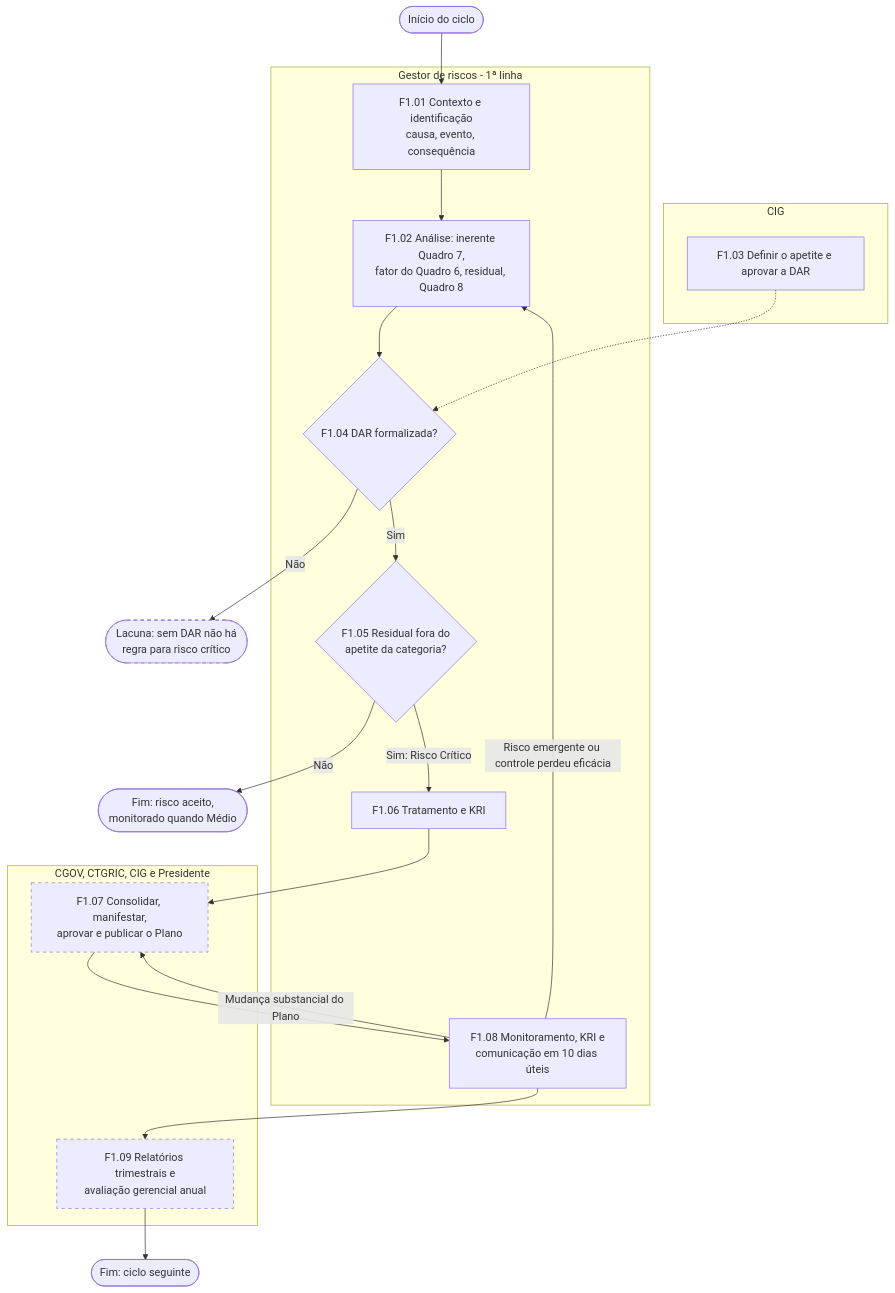
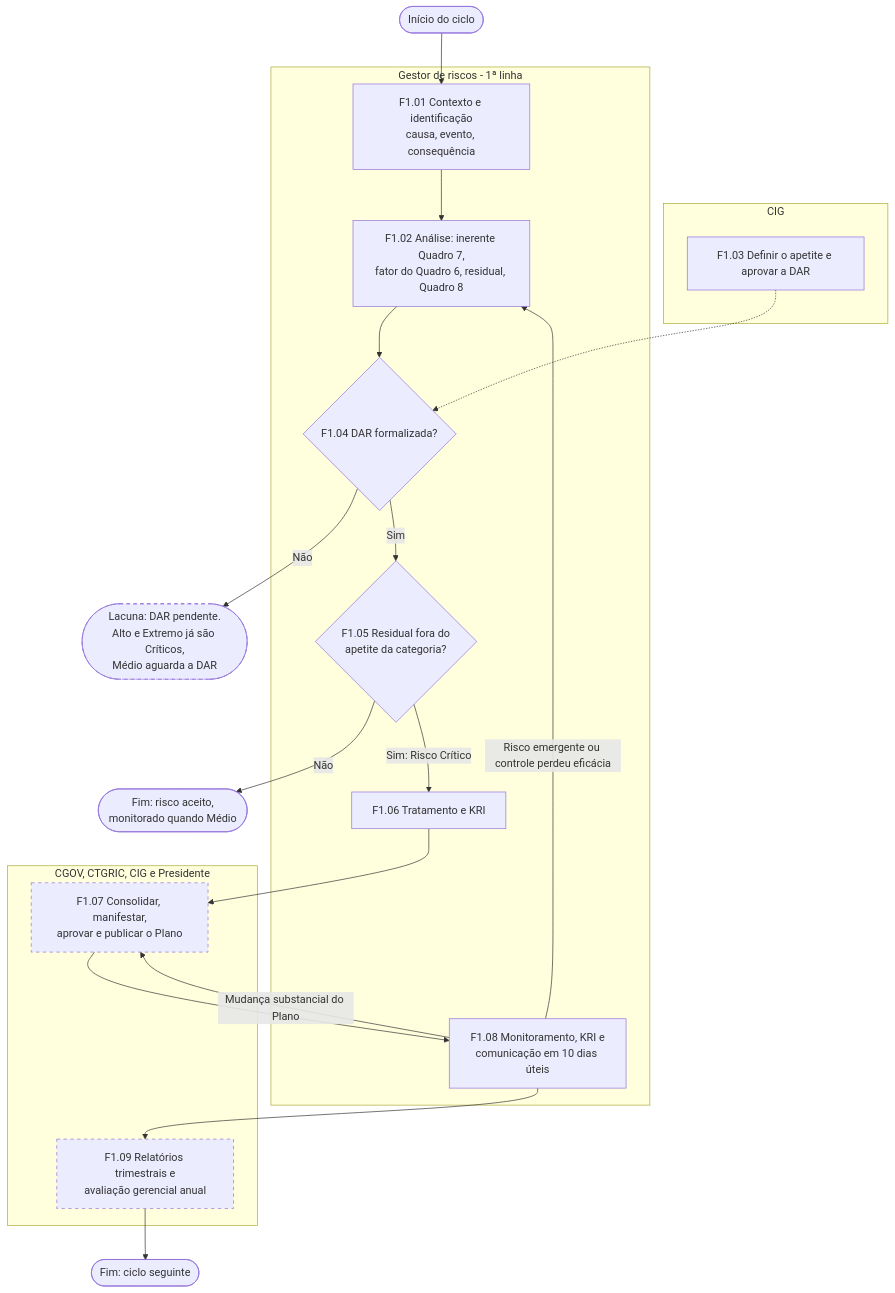
Before and after one commit to lpchagas/cgov-riscos: the first of 3 diagrams in docs/50-nivel5-software/uml-02-atividades.md, drawn with Mermaid. The commit also changed other lines of this file and 12 other files, not shown here.

Commit message:
docs(fase4): triagem da revisão final dos ADRs 0004-0016 e dos diagramas UML

````diff
--- a/docs/50-nivel5-software/uml-02-atividades.md
+++ b/docs/50-nivel5-software/uml-02-atividades.md
@@ -15,33 +15,33 @@
 ```mermaid
 flowchart TD
   ini([Início do ciclo])
   subgraph CIG[CIG]
     dar[F1.03 Definir o apetite e aprovar a DAR]
   end
   subgraph GES[Gestor de riscos - 1ª linha]
     ctx[F1.01 Contexto e identificação<br/>causa, evento, consequência]
     ana[F1.02 Análise: inerente Quadro 7,<br/>fator do Quadro 6, residual, Quadro 8]
     dok{F1.04 DAR formalizada?}
     ava{F1.05 Residual fora do<br/>apetite da categoria?}
     trat[F1.06 Tratamento e KRI]
     mon[F1.08 Monitoramento, KRI e<br/>comunicação em 10 dias úteis]
   end
   subgraph CG[CGOV, CTGRIC, CIG e Presidente]
     plano[F1.07 Consolidar, manifestar,<br/>aprovar e publicar o Plano]
     rel[F1.09 Relatórios trimestrais e<br/>avaliação gerencial anual]
   end
   aceito([Fim: risco aceito,<br/>monitorado quando Médio])
-  travado([Lacuna: sem DAR não há<br/>regra para risco crítico])
+  travado([Lacuna: DAR pendente.<br/>Alto e Extremo já são Críticos,<br/>Médio aguarda a DAR])
   fim([Fim: ciclo seguinte])
   ini --> ctx --> ana --> dok
   dar -.-> dok
   dok -->|Não| travado
   dok -->|Sim| ava
   ava -->|Não| aceito
   ava -->|Sim: Risco Crítico| trat --> plano --> mon
   mon -->|Risco emergente ou controle perdeu eficácia| ana
   mon -->|Mudança substancial do Plano| plano
   mon --> rel --> fim
   classDef lacuna stroke-dasharray: 5 5
   class plano,rel,travado lacuna
 ```
````
